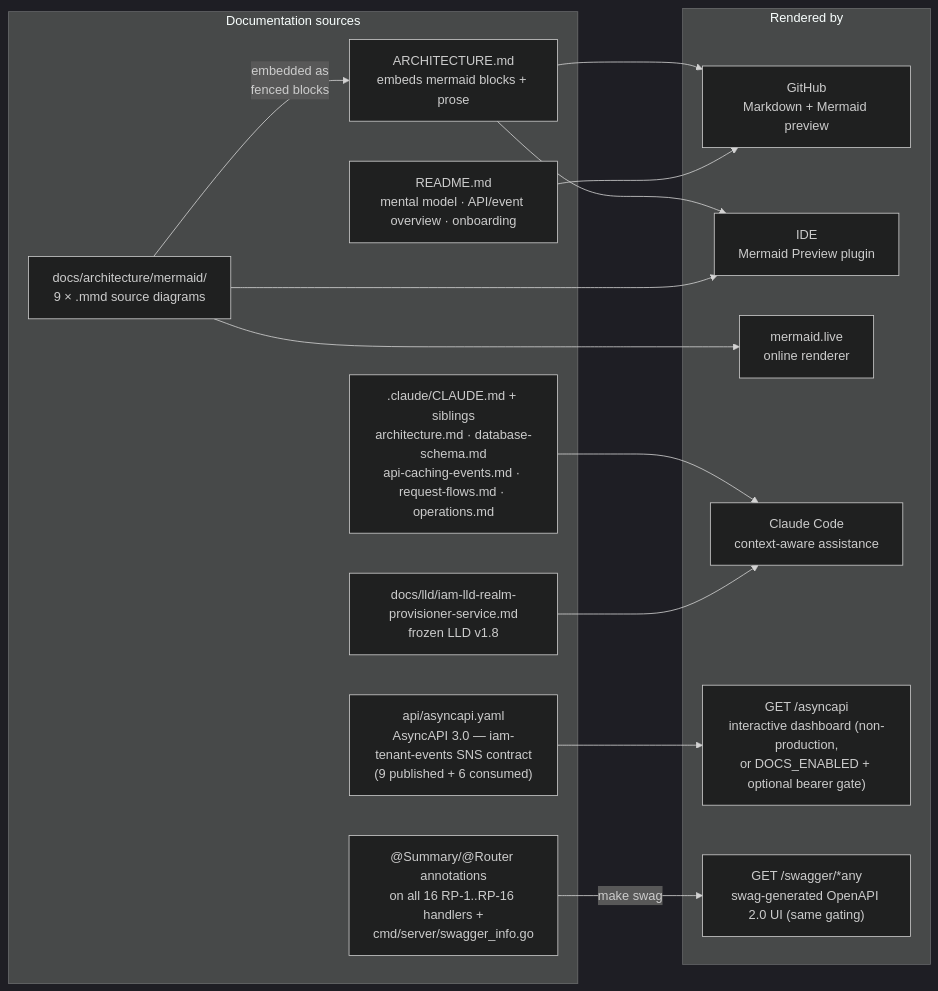
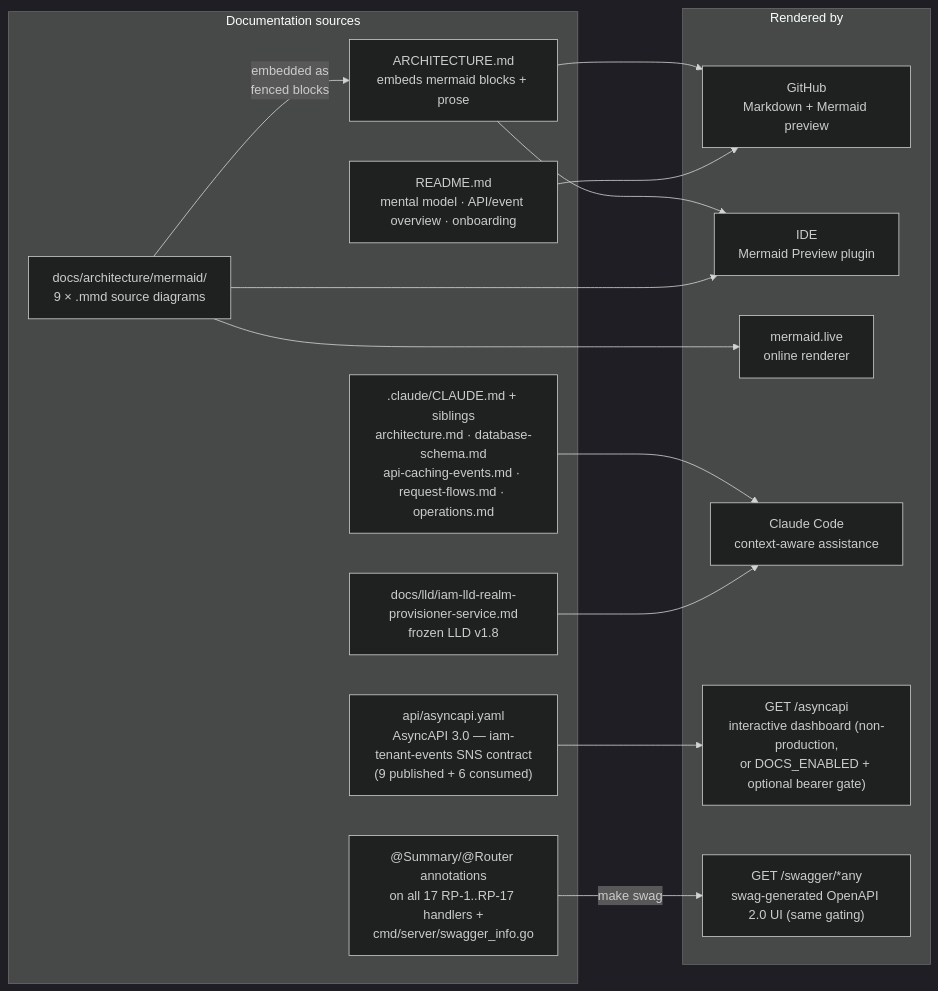
The tenth of 10 diagrams in ARCHITECTURE.md (BCBP-SOLUTIONS-FZC-LLC/iam-realm-provisioner), drawn with Mermaid (dark theme) before and after one commit. The commit also changed other lines of this file and 47 other files, not shown here.

````diff
--- a/ARCHITECTURE.md
+++ b/ARCHITECTURE.md
@@ -1040,30 +1040,30 @@
 ```mermaid
 graph LR
     subgraph sources["Documentation sources"]
         mmd["docs/architecture/mermaid/\n9 × .mmd source diagrams"]
         arch["ARCHITECTURE.md\nembeds mermaid blocks + prose"]
         claude[".claude/CLAUDE.md + siblings\narchitecture.md · database-schema.md\napi-caching-events.md · request-flows.md · operations.md"]
         readme["README.md\nmental model · API/event overview · onboarding"]
         asyncapi_yaml["api/asyncapi.yaml\nAsyncAPI 3.0 — iam-tenant-events SNS contract\n(9 published + 6 consumed)"]
-        swag_annot["@Summary/@Router annotations\non all 16 RP-1..RP-16 handlers +\ncmd/server/swagger_info.go"]
+        swag_annot["@Summary/@Router annotations\non all 17 RP-1..RP-17 handlers +\ncmd/server/swagger_info.go"]
         lld["docs/lld/iam-lld-realm-provisioner-service.md\nfrozen LLD v1.8"]
     end
 
     subgraph rendered["Rendered by"]
         github["GitHub\nMarkdown + Mermaid preview"]
         ide["IDE\nMermaid Preview plugin"]
         live["mermaid.live\nonline renderer"]
         claude_ai["Claude Code\ncontext-aware assistance"]
         asyncapi_viewer["GET /asyncapi\ninteractive dashboard (non-production,\nor DOCS_ENABLED + optional bearer gate)"]
         swagger_ui["GET /swagger/*any\nswag-generated OpenAPI 2.0 UI (same gating)"]
     end
 
     mmd  -->|"embedded as\nfenced blocks"| arch
     arch --> github & ide
     mmd  --> live & ide
     claude --> claude_ai
     readme --> github
     lld --> claude_ai
     asyncapi_yaml --> asyncapi_viewer
     swag_annot -->|"make swag"| swagger_ui
 ```
````
